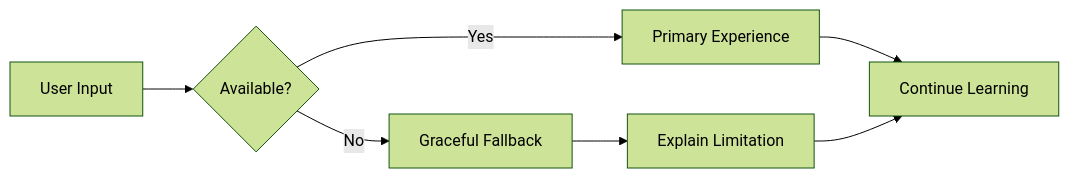
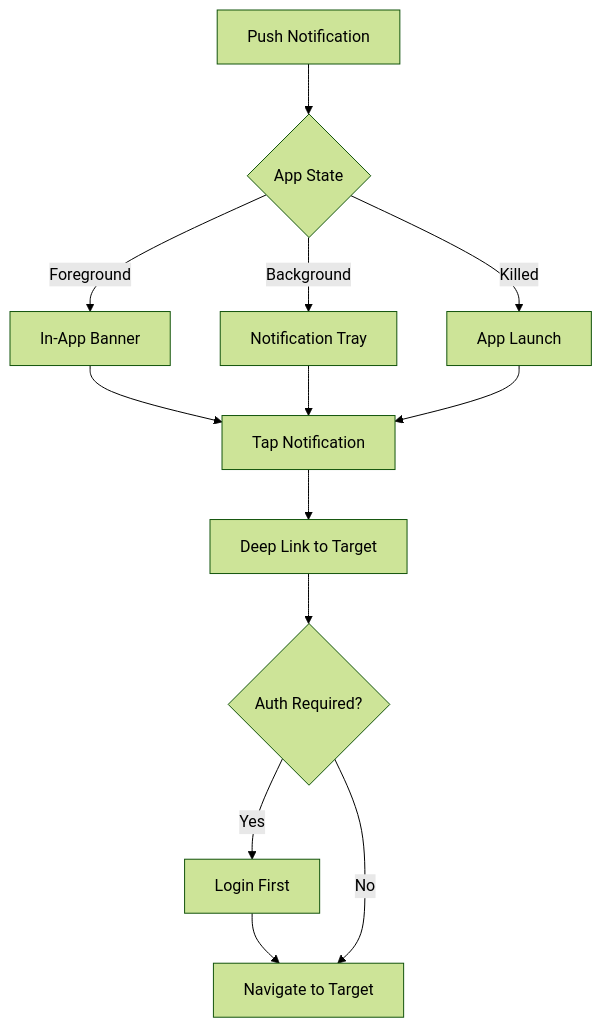
The tenth of 11 diagrams in docs/design/Design.md (Rezaprtma/MentorinAja), drawn with Mermaid (forest theme) before and after one commit. The commit also changed other lines of this file and 166 other files, not shown here.

Commit message:
feat(frontend): implement splash, onboarding, and authentication flow

````diff
--- a/docs/design/Design.md
+++ b/docs/design/Design.md
@@ -796,9 +410,15 @@
 ```mermaid
-flowchart LR
-    A[User Input] --> B{Available?}
-    B -->|Yes| C[Primary Experience]
-    B -->|No| D[Graceful Fallback]
-    C --> E[Continue Learning]
-    D --> F[Explain Limitation]
-    F --> E
+flowchart TD
+    A[Push Notification] --> B{App State}
+    B -->|Foreground| C[In-App Banner]
+    B -->|Background| D[Notification Tray]
+    B -->|Killed| E[App Launch]
+    C --> F[Tap Notification]
+    D --> F
+    E --> F
+    F --> G[Deep Link to Target]
+    G --> H{Auth Required?}
+    H -->|Yes| I[Login First]
+    I --> J[Navigate to Target]
+    H -->|No| J
 ```
````
